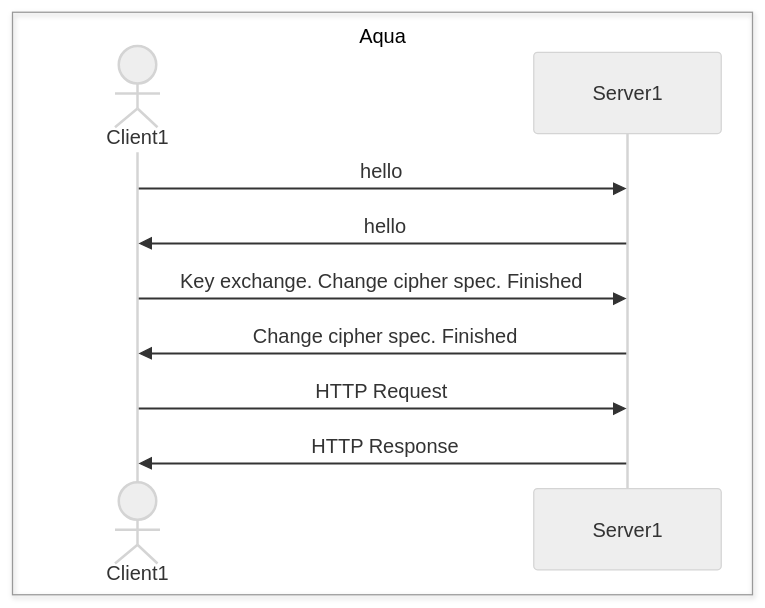
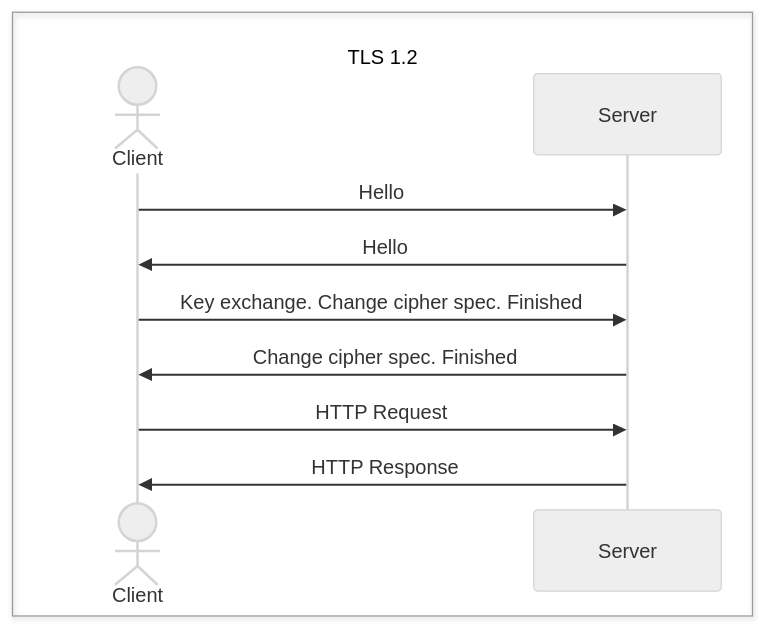
One commit to jtaverne/ovh changed the third of 4 diagrams in tls_1.3.md. Above: the diagram before and after it, drawn with Mermaid. The commit also changed other lines of this file, not shown here.

````diff
--- a/tls_1.3.md
+++ b/tls_1.3.md
@@ -37,16 +37,16 @@
 ```mermaid
 %%{init: {'theme': 'neutral' } }%%
 sequenceDiagram
-box transparent Aqua
-    actor Client1
-    participant Server1
+box transparent <br/>TLS 1.2
+    actor Client
+    participant Server
 end
-Client1 ->> Server1 : hello
-Server1 ->> Client1 : hello
-Client1 ->> Server1 : Key exchange. Change cipher spec. Finished
-Server1 ->> Client1 : Change cipher spec. Finished
-Client1 ->> Server1 : HTTP Request
-Server1 ->> Client1 : HTTP Response
+Client ->> Server : Hello
+Server ->> Client : Hello
+Client ->> Server : Key exchange. Change cipher spec. Finished
+Server ->> Client : Change cipher spec. Finished
+Client ->> Server : HTTP Request
+Server ->> Client : HTTP Response
 
 
 ```
````
